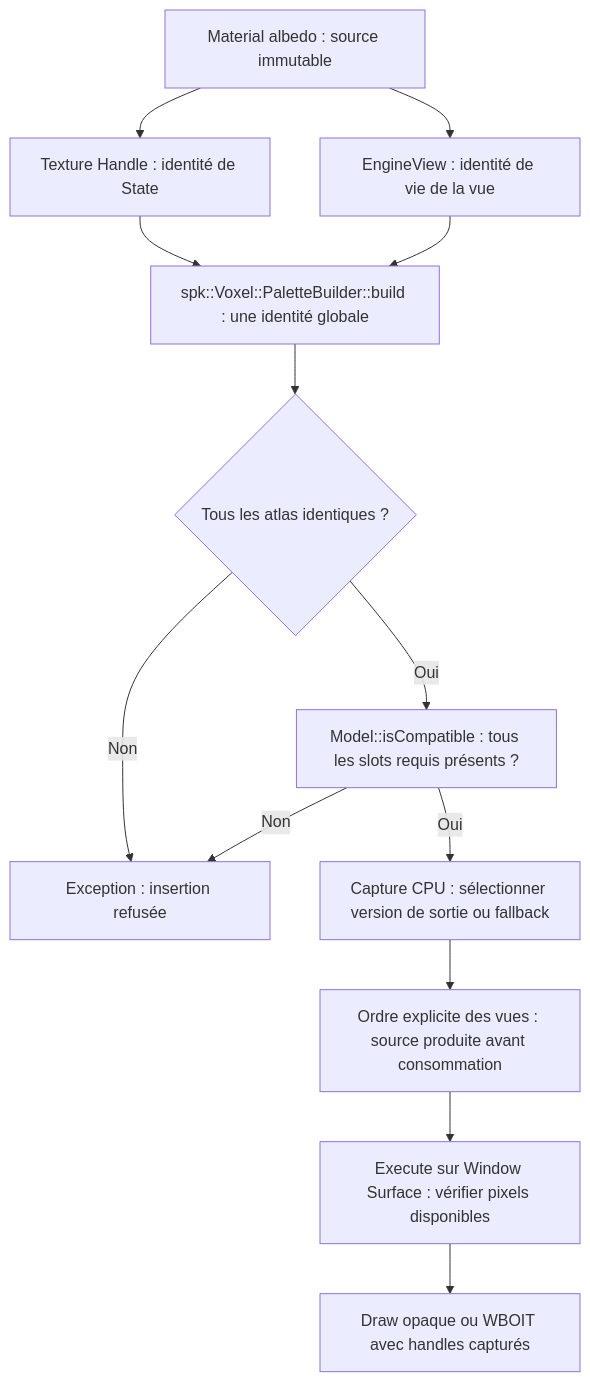
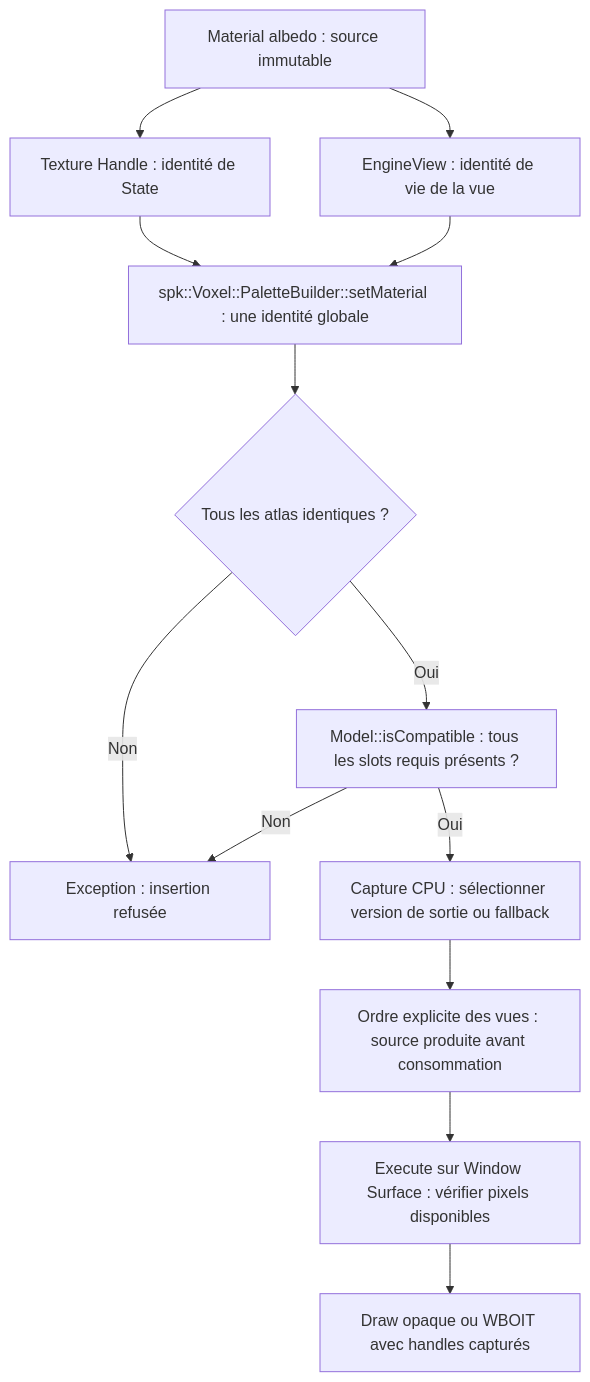
Before and after one commit to EreliaStudio/Sparkle: the third of 3 diagrams in docs/voxel-engine-v0.1.4/04-materiaux-textures-palettes.md, drawn with Mermaid. The commit also changed other lines of this file, not shown here.

Commit message:
PR-07: align docs with generic Palette and voxel validation preset

````diff
--- a/docs/voxel-engine-v0.1.4/04-materiaux-textures-palettes.md
+++ b/docs/voxel-engine-v0.1.4/04-materiaux-textures-palettes.md
@@ -242,15 +242,15 @@
 ```mermaid
 flowchart TD
   Role["Material albedo : source immutable"] --> Static["Texture Handle : identité de State"]
   Role --> View["EngineView : identité de vie de la vue"]
-  Static --> Check["spk::Voxel::PaletteBuilder::build : une identité globale"]
+  Static --> Check["spk::Voxel::PaletteBuilder::setMaterial : une identité globale"]
   View --> Check
   Check --> Compatible{"Tous les atlas identiques ?"}
   Compatible -->|Non| Error["Exception : insertion refusée"]
   Compatible -->|Oui| Slots["Model::isCompatible : tous les slots requis présents ?"]
   Slots -->|Non| Error
   Slots -->|Oui| Capture["Capture CPU : sélectionner version de sortie ou fallback"]
   Capture --> Order["Ordre explicite des vues : source produite avant consommation"]
   Order --> Surface["Execute sur Window Surface : vérifier pixels disponibles"]
   Surface --> Draw["Draw opaque ou WBOIT avec handles capturés"]
 ```
````
